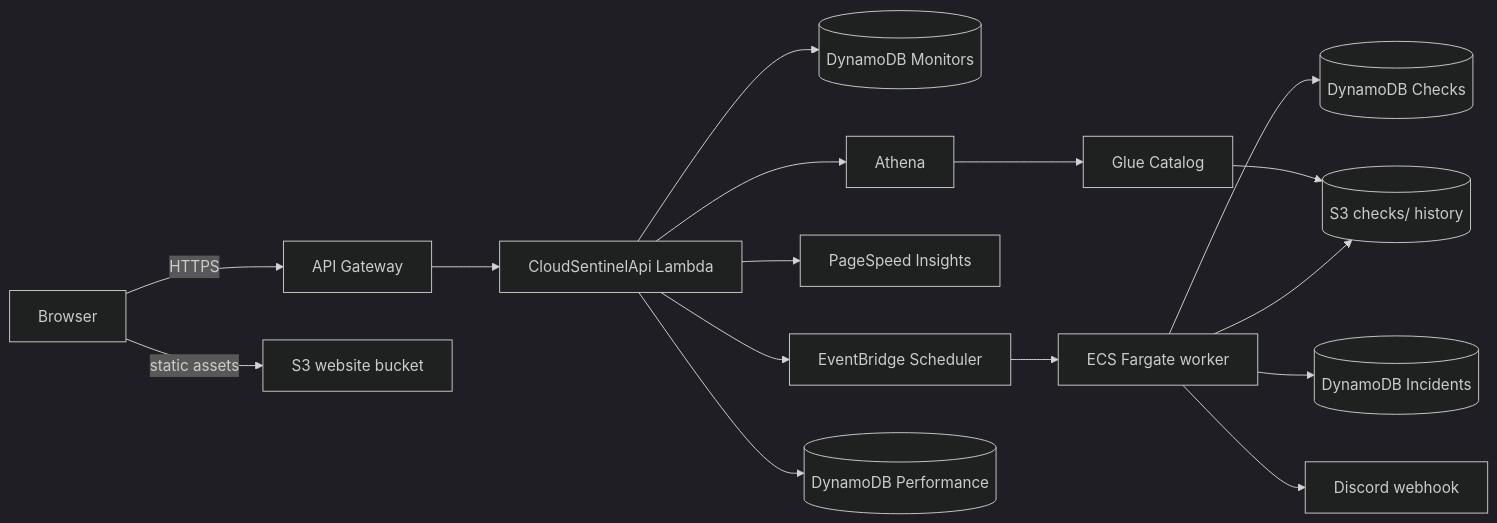
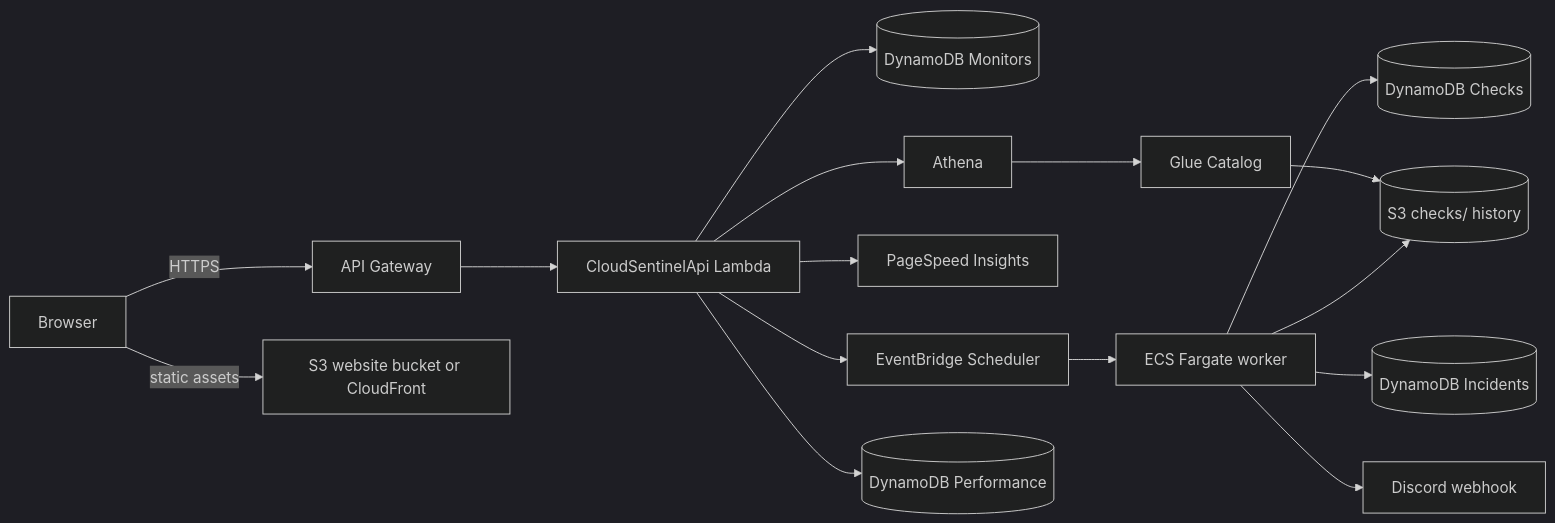
The first of 2 diagrams in docs/ARCHITECTURE.md (janoyjson/cloud-computing-asm3.1), drawn with Mermaid (dark theme) before and after one commit. The commit also changed other lines of this file and 15 other files, not shown here.

````diff
--- a/docs/ARCHITECTURE.md
+++ b/docs/ARCHITECTURE.md
@@ -19,18 +19,18 @@
 ```mermaid
 flowchart LR
   Browser -->|HTTPS| API[API Gateway]
-  Browser -->|static assets| S3Web[S3 website bucket]
+  Browser -->|static assets| S3Web[S3 website bucket or CloudFront]
   API --> Lambda[CloudSentinelApi Lambda]
   Lambda --> Monitors[(DynamoDB Monitors)]
   Lambda --> Scheduler[EventBridge Scheduler]
   Scheduler --> ECS[ECS Fargate worker]
   Lambda --> PageSpeed[PageSpeed Insights]
   Lambda --> Athena[Athena]
   Athena --> Glue[Glue Catalog]
   Glue --> S3Checks[(S3 checks/ history)]
   ECS --> Checks[(DynamoDB Checks)]
   ECS --> S3Checks
   ECS --> Incidents[(DynamoDB Incidents)]
   ECS --> Discord[Discord webhook]
   Lambda --> Performance[(DynamoDB Performance)]
 ```
````
